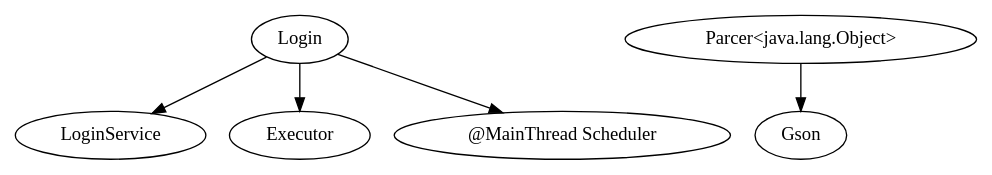
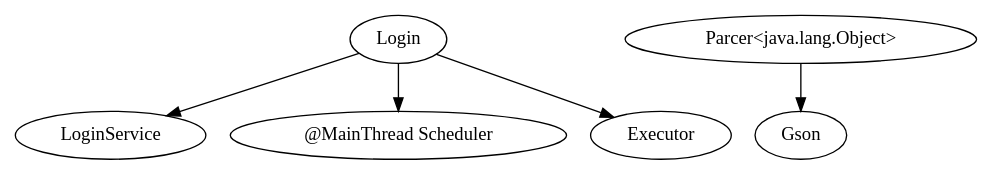
The diagram in target/generated-sources/annotations/com/example/mortar/core/ApplicationModule.dot (ganesansays/Topaz-Mortar), drawn with Graphviz before and after one commit. The commit also changed other lines of this file and 11 other files, not shown here.

```diff
--- a/target/generated-sources/annotations/com/example/mortar/core/ApplicationModule.dot
+++ b/target/generated-sources/annotations/com/example/mortar/core/ApplicationModule.dot
@@ -1,9 +1,9 @@
 digraph G1 {
   concentrate = true;
   Login -> LoginService;
-  Login -> Executor;
   n2 [label="@MainThread Scheduler"];
   Login -> n2;
+  Login -> Executor;
   n3 [label="Parcer<java.lang.Object>"];
   n3 -> Gson;
 }
```
